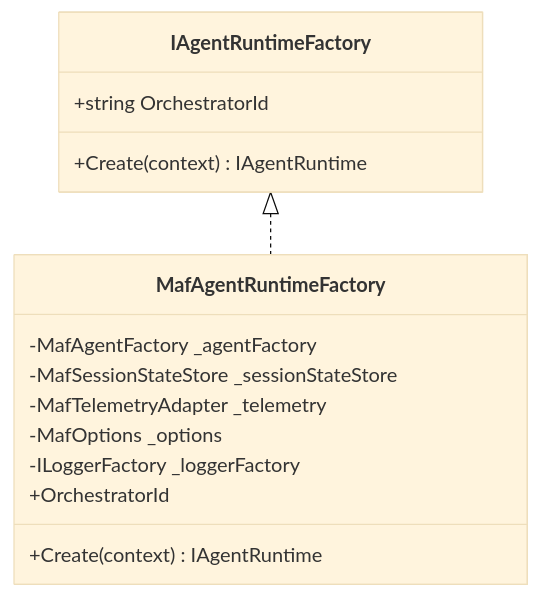
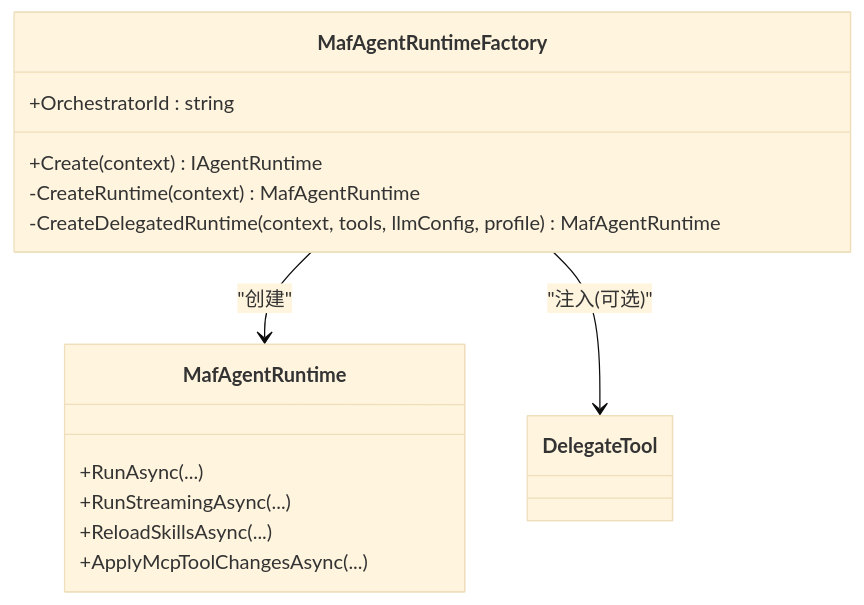
The fourth of 6 diagrams in .qoder/repowiki/zh/content/代理运行时/代理运行时.md (wayyet/kingcrab), drawn with Mermaid (base theme) before and after one commit. The commit also changed other lines of this file and 431 other files, not shown here.

````diff
--- a/.qoder/repowiki/zh/content/代理运行时/代理运行时.md
+++ b/.qoder/repowiki/zh/content/代理运行时/代理运行时.md
@@ -200,17 +224,18 @@
 ```mermaid
 classDiagram
-class IAgentRuntimeFactory {
-+string OrchestratorId
+class MafAgentRuntimeFactory {
++OrchestratorId : string
 +Create(context) IAgentRuntime
+-CreateRuntime(context) MafAgentRuntime
+-CreateDelegatedRuntime(context, tools, llmConfig, profile) MafAgentRuntime
 }
-class MafAgentRuntimeFactory {
--MafAgentFactory _agentFactory
--MafSessionStateStore _sessionStateStore
--MafTelemetryAdapter _telemetry
--MafOptions _options
--ILoggerFactory _loggerFactory
-+OrchestratorId
-+Create(context) IAgentRuntime
+class MafAgentRuntime {
++RunAsync(...)
++RunStreamingAsync(...)
++ReloadSkillsAsync(...)
++ApplyMcpToolChangesAsync(...)
 }
-IAgentRuntimeFactory <|.. MafAgentRuntimeFactory
+class DelegateTool
+MafAgentRuntimeFactory --> MafAgentRuntime : "创建"
+MafAgentRuntimeFactory --> DelegateTool : "注入(可选)"
 ```
````
